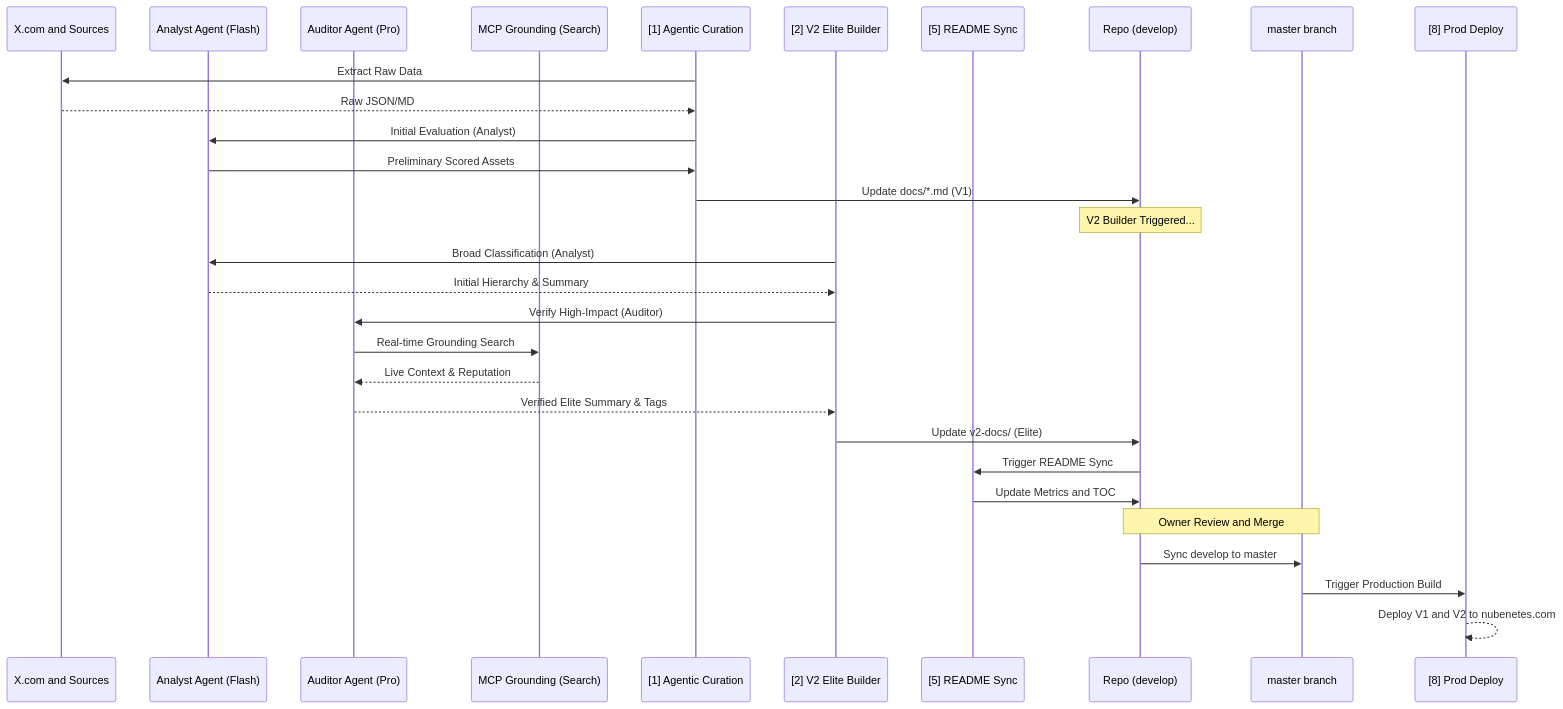
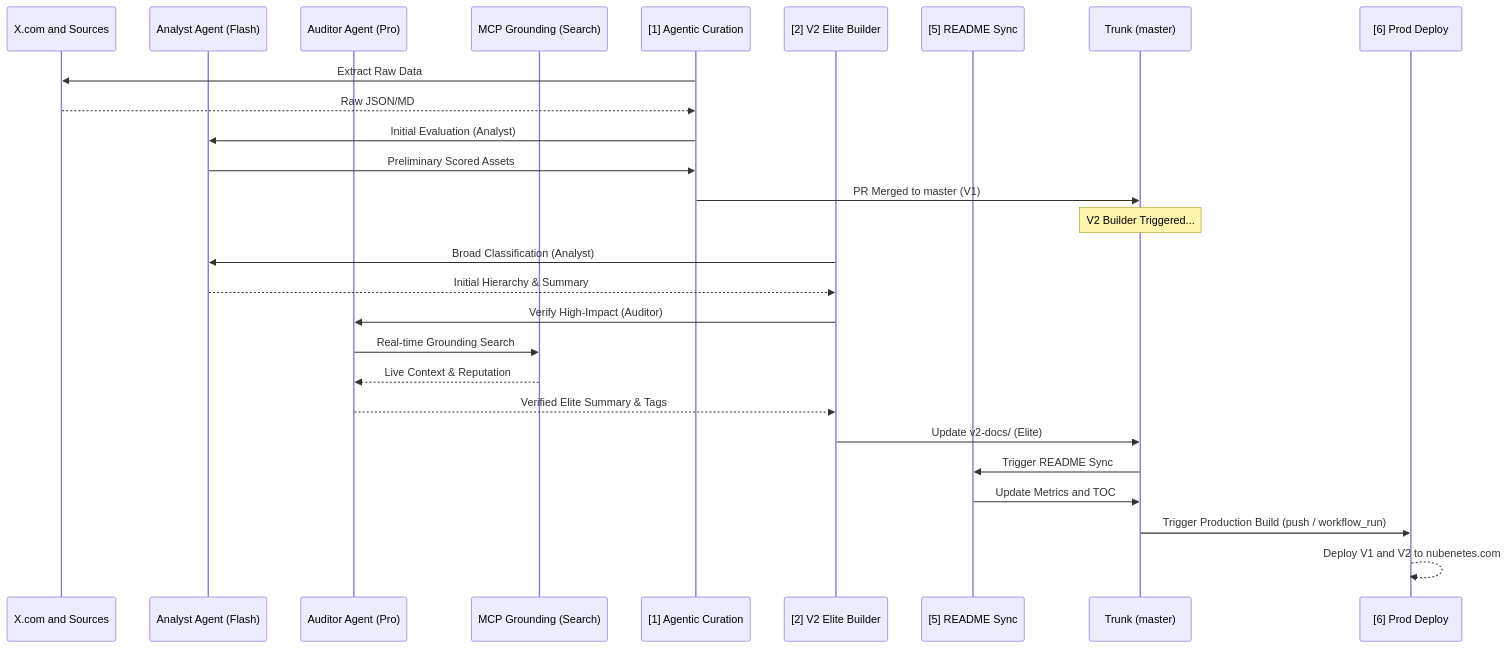
One commit to nubenetes/awesome-kubernetes changed diagram 13 of 14 in README.md. Above: the diagram before and after it, drawn with Mermaid. The commit also changed other lines of this file and 25 other files, not shown here.

Commit message:
feat(ci): migrate repository architecture to trunk-based development on master

````diff
--- a/README.md
+++ b/README.md
@@ -1209,35 +1205,32 @@
 ```mermaid
 sequenceDiagram
     participant X as X.com and Sources
     participant GA as Analyst Agent (Flash)
     participant GV as Auditor Agent (Pro)
     participant MCP as MCP Grounding (Search)
     participant W1 as [1] Agentic Curation
     participant W2 as [2] V2 Elite Builder
     participant W3 as [5] README Sync
-    participant R as Repo (develop)
-    participant M as master branch
-    participant P as [8] Prod Deploy
+    participant R as Trunk (master)
+    participant P as [6] Prod Deploy
 
     W1->>X: Extract Raw Data
     X-->>W1: Raw JSON/MD
     W1->>GA: Initial Evaluation (Analyst)
     GA->>W1: Preliminary Scored Assets
-    W1->>R: Update docs/*.md (V1)
+    W1->>R: PR Merged to master (V1)
     
     Note over R: V2 Builder Triggered...
     W2->>GA: Broad Classification (Analyst)
     GA-->>W2: Initial Hierarchy & Summary
     W2->>GV: Verify High-Impact (Auditor)
     GV->>MCP: Real-time Grounding Search
     MCP-->>GV: Live Context & Reputation
     GV-->>W2: Verified Elite Summary & Tags
     
     W2->>R: Update v2-docs/ (Elite)
     R->>W3: Trigger README Sync
     W3->>R: Update Metrics and TOC
-    Note over R, M: Owner Review and Merge
-    R->>M: Sync develop to master
-    M->>P: Trigger Production Build
+    R->>P: Trigger Production Build (push / workflow_run)
     P-->>P: Deploy V1 and V2 to nubenetes.com
 ```
````
